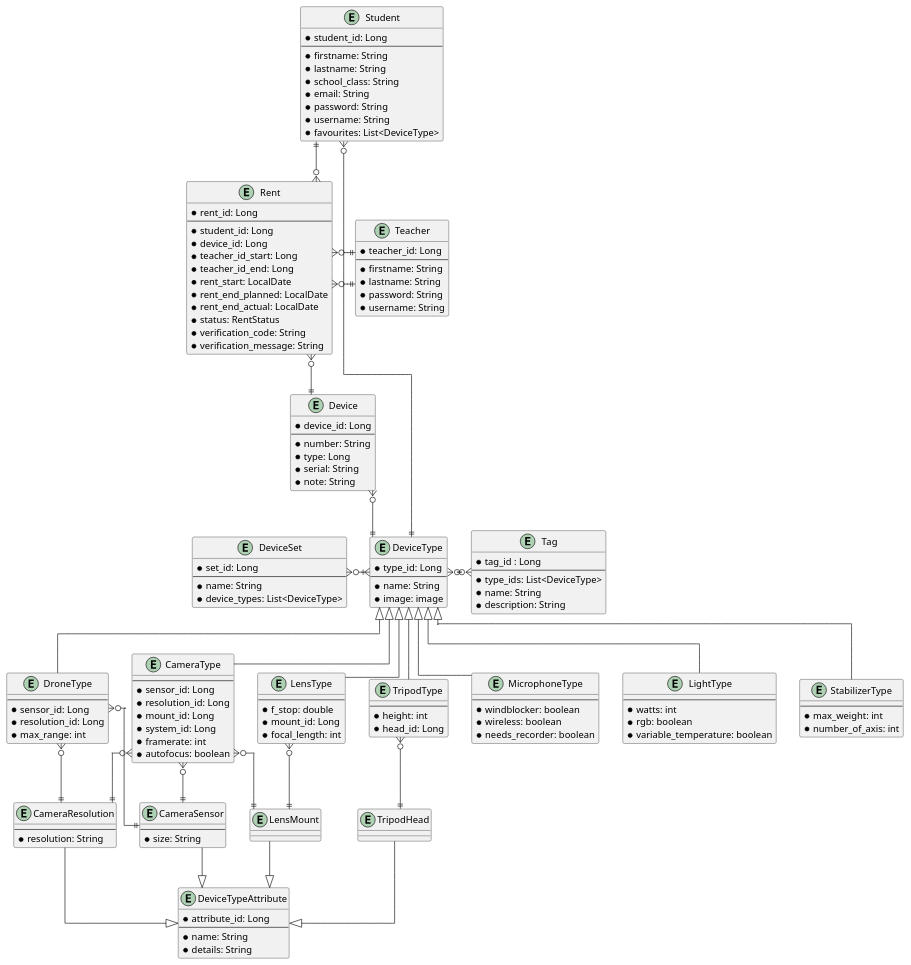
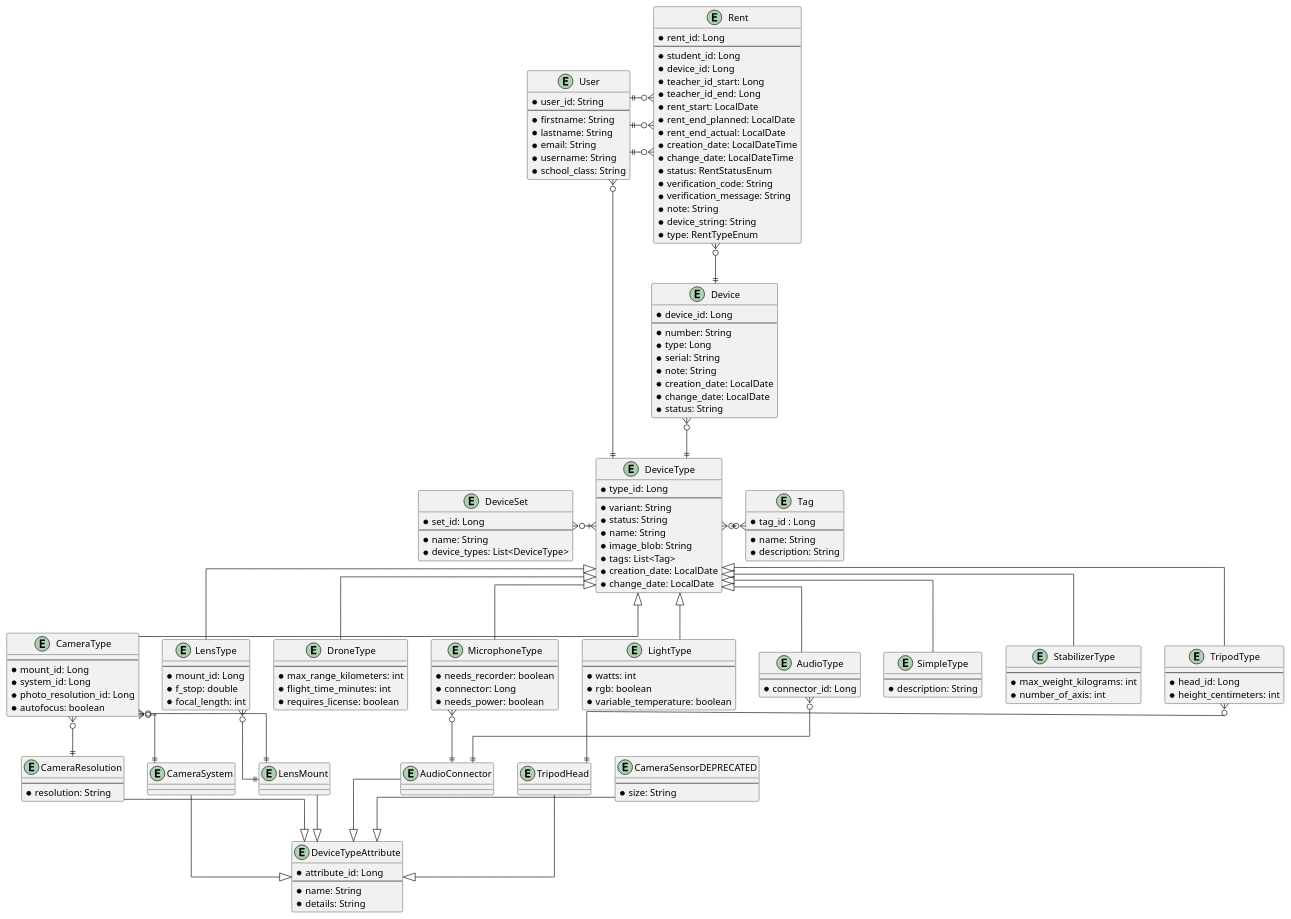
Before and after one commit to htl-leo-itp-2325-4-5BHITM/cam-connect: the diagram in docs/uml.puml, drawn with PlantUML. The commit also changed 20 other files, not shown here.

```diff
--- a/docs/uml.puml
+++ b/docs/uml.puml
@@ -1,176 +1,191 @@
 @startuml
   skinparam linetype ortho
 
 	entity DeviceType {
 		* type_id: Long
 		--
+		* variant: String
+		* status: String
 		* name: String
-		* image: image
+		* image_blob: String
+		* tags: List<Tag>
+		* creation_date: LocalDate
+		* change_date: LocalDate
 	}
+
+	entity AudioType {
+    		--
+    		* connector_id: Long
+    	}
 
 	entity CameraType {
 		--
-		* sensor_id: Long
-		* resolution_id: Long
 		* mount_id: Long
 		* system_id: Long
-		* framerate: int
+		* photo_resolution_id: Long
 		* autofocus: boolean
 	}
 
 	entity DroneType {
 		--
-		* sensor_id: Long
-		* resolution_id: Long
-		* max_range: int
+		* max_range_kilometers: int
+		* flight_time_minutes: int
+		* requires_license: boolean
 	}
 
 	entity LensType {
 		--
+		* mount_id: Long
 		* f_stop: double
-		* mount_id: Long
 		* focal_length: int
-	}
-
-	entity MicrophoneType {
-		--
-		* windblocker: boolean
-		* wireless: boolean
-		* needs_recorder: boolean
 	}
 
 	entity LightType {
 		--
 		* watts: int
 		* rgb: boolean
 		* variable_temperature: boolean
 	}
 
-	entity TripodType {
+	entity MicrophoneType {
 		--
-		* height: int
-		* head_id: Long
+		* needs_recorder: boolean
+		* connector: Long
+		* needs_power: boolean
+	}
+
+	entity SimpleType {
+	    --
+	    * description: String
 	}
 
 	entity StabilizerType {
 		--
-		* max_weight: int
+		* max_weight_kilograms: int
 		* number_of_axis: int
 	}
 
+	entity TripodType {
+		--
+		* head_id: Long
+		* height_centimeters: int
+	}
+
+
+	DeviceType <|-down- AudioType
 	DeviceType <|-down- CameraType
-	DeviceType <|-down- MicrophoneType
-	DeviceType <|-down- LightType
-	DeviceType <|-down- TripodType
-	DeviceType <|-down- StabilizerType
 	DeviceType <|-down- DroneType
 	DeviceType <|-down- LensType
+	DeviceType <|-down- LightType
+	DeviceType <|-down- MicrophoneType
+	DeviceType <|-down- SimpleType
+	DeviceType <|-down- StabilizerType
+	DeviceType <|-down- TripodType
 
 	entity DeviceTypeAttribute {
 		* attribute_id: Long
 		--
 		* name: String
 		* details: String
 	}
 
-	entity TripodHead {
-	}
-
-	entity LensMount {
-	}
-
-	entity CameraSensor {
-		--
-		* size: String
-	}
+	entity AudioConnector { }
 
 	entity CameraResolution {
 		--
 		* resolution: String
 	}
 
+	entity CameraSensorDEPRECATED {
+		--
+		* size: String
+	}
+
+	entity CameraSystem { }
+
+	entity LensMount { }
+
+	entity TripodHead { }
+
+	DeviceTypeAttribute <|-up- AudioConnector
+	DeviceTypeAttribute <|-up- CameraResolution
+	DeviceTypeAttribute <|-up- CameraSensorDEPRECATED
+	DeviceTypeAttribute <|-up- CameraSystem
+	DeviceTypeAttribute <|-up- LensMount
 	DeviceTypeAttribute <|-up- TripodHead
-	DeviceTypeAttribute <|-up- LensMount
-	DeviceTypeAttribute <|-up- CameraSensor
-	DeviceTypeAttribute <|-up- CameraResolution
 
-
+	AudioType }o--|| AudioConnector
+	CameraType }o--|| LensMount
+	CameraType }o--|| CameraResolution
+	CameraType }o--|| CameraSystem
+	LensType }o--|| LensMount
+	MicrophoneType }o--|| AudioConnector
 	TripodType }o--|| TripodHead
-	LensType }o--|| LensMount
-	CameraType }o--|| LensMount
-	CameraType }o--|| CameraSensor
-	DroneType }o--|| CameraSensor
-	DroneType }o--|| CameraResolution
-	CameraType }o--|| CameraResolution
 
 	entity Device {
 		* device_id: Long
 		--
 		* number: String
 		* type: Long
 		* serial: String
 		* note: String
+		* creation_date: LocalDate
+		* change_date: LocalDate
+		* status: String
 	}
 
-	entity Rent{
-		* rent_id: Long
-		--
-		* student_id: Long
-		* device_id: Long
-		* teacher_id_start: Long
-		* teacher_id_end: Long
-		* rent_start: LocalDate
-		* rent_end_planned: LocalDate
-		* rent_end_actual: LocalDate
-		* status: RentStatus
-		* verification_code: String
-		* verification_message: String
-	}
+	entity Rent {
+        * rent_id: Long
+        --
+        * student_id: Long
+        * device_id: Long
+        * teacher_id_start: Long
+        * teacher_id_end: Long
+        * rent_start: LocalDate
+        * rent_end_planned: LocalDate
+        * rent_end_actual: LocalDate
+        * creation_date: LocalDateTime
+        * change_date: LocalDateTime
+        * status: RentStatusEnum
+        * verification_code: String
+        * verification_message: String
+        * note: String
+        * device_string: String
+        * type: RentTypeEnum
+    }
 
 	entity Tag {
 		* tag_id : Long
 		--
-		* type_ids: List<DeviceType>
 		* name: String
 		* description: String
 	}
 
-	entity Student {
-		* student_id: Long
-		--
-		* firstname: String
-		* lastname: String
-		* school_class: String
-		* email: String
-		* password: String
-		* username: String
-		* favourites: List<DeviceType>
-	}
-
-	entity Teacher {
-		* teacher_id: Long
-		--
-		* firstname: String
-		* lastname: String
-		* password: String
-		* username: String
-	}
+	entity User {
+        * user_id: String
+        --
+        * firstname: String
+        * lastname: String
+        * email: String
+        * username: String
+        * school_class: String
+    }
 
 	entity DeviceSet {
 		* set_id: Long
 		--
 		* name: String
 		* device_types: List<DeviceType>
 	}
 
 	Device }o-down-|| DeviceType
 	DeviceType }|-left-o{ DeviceSet
 	DeviceType }o-right-o{ Tag
 
 	Rent }o--|| Device
-	Rent }o-up-|| Student
-	Rent }o-right-|| Teacher
-	Rent }o-right-|| Teacher
+	Rent }o-up-|| User
+	Rent }o-right-|| User
+	Rent }o-right-|| User
 
-	Student }o--|| DeviceType
+	User }o--|| DeviceType
 @enduml
```
